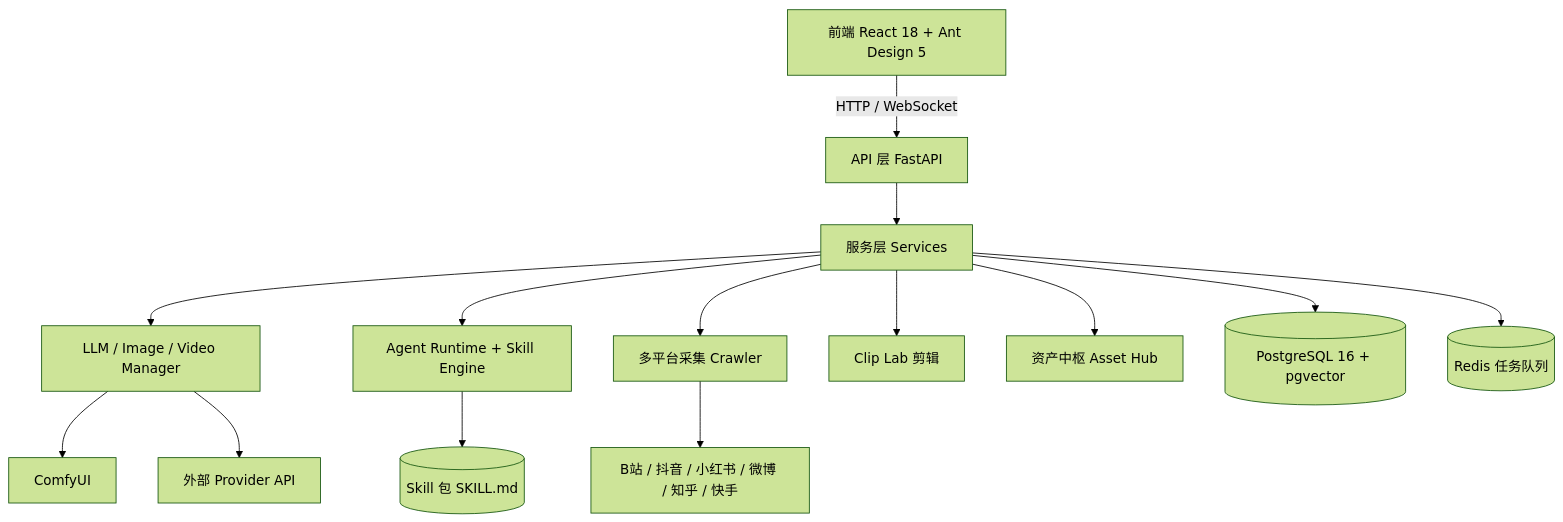
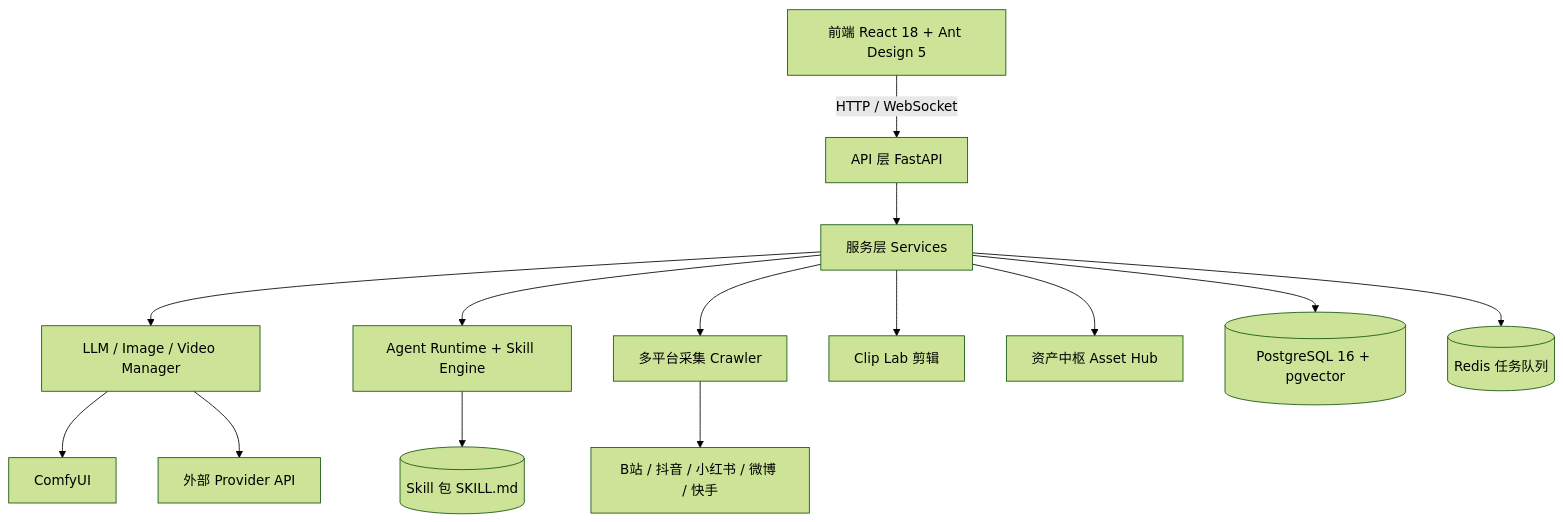
Before and after one commit to liuyiliux/YLCraft: the diagram in docs/DESIGN.md, drawn with Mermaid (forest theme). The commit also changed 27 other files, not shown here.

````diff
--- a/docs/DESIGN.md
+++ b/docs/DESIGN.md
@@ -120,16 +120,16 @@
 ```mermaid
 graph TD
   UI[前端 React 18 + Ant Design 5] -->|HTTP / WebSocket| API[API 层 FastAPI]
   API --> SVC[服务层 Services]
   SVC --> LLM[LLM / Image / Video Manager]
   SVC --> AGENT[Agent Runtime + Skill Engine]
   SVC --> CRAWL[多平台采集 Crawler]
   SVC --> CLIP[Clip Lab 剪辑]
   SVC --> ASSET[资产中枢 Asset Hub]
   AGENT --> SKILL[(Skill 包 SKILL.md)]
   LLM --> COMFY[ComfyUI]
   LLM --> EXT[外部 Provider API]
   SVC --> DB[(PostgreSQL 16 + pgvector)]
   SVC --> CACHE[(Redis 任务队列)]
-  CRAWL --> BILI[B站 / 抖音 / 小红书 / 微博 / 知乎 / 快手]
+  CRAWL --> BILI[B站 / 抖音 / 小红书 / 微博 / 快手]
 ```
````
